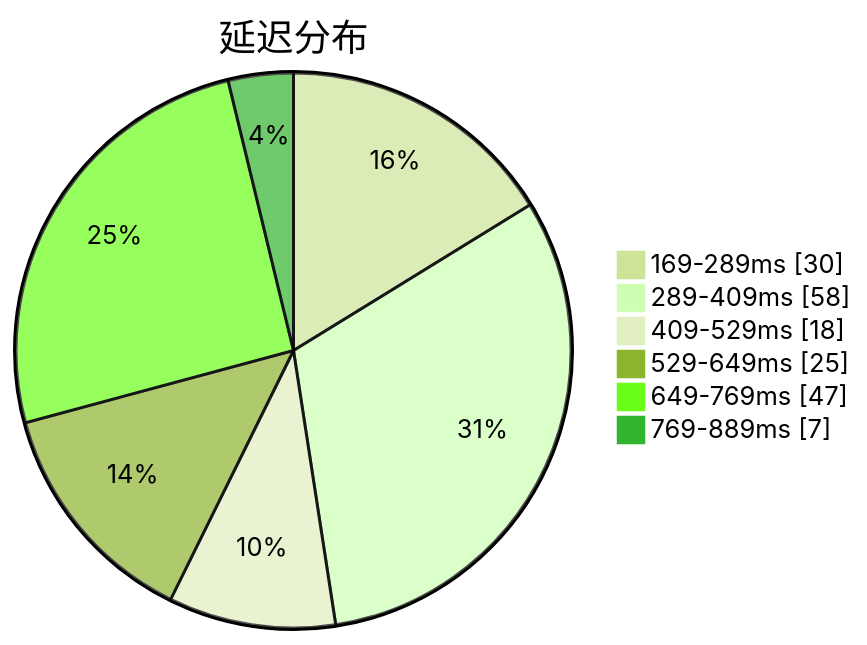
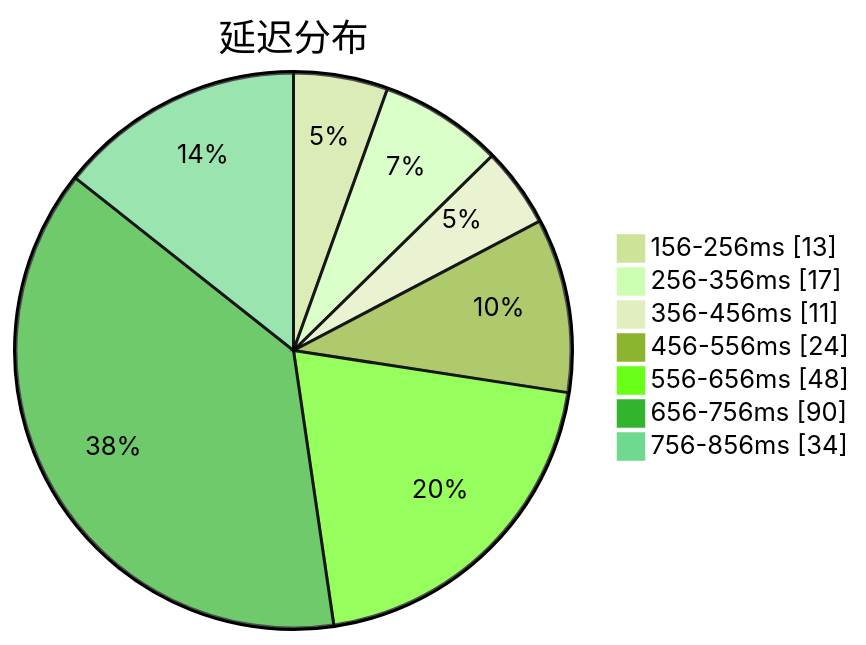
Before and after one commit to qjlxg/airport: the first of 3 diagrams in subs/statistics/tested_within.md, drawn with Mermaid (forest theme). The commit also changed other lines of this file and 2 other files, not shown here.

````diff
--- a/subs/statistics/tested_within.md
+++ b/subs/statistics/tested_within.md
@@ -2,10 +2,11 @@
 ```mermaid
 pie showData
 title 延迟分布
-"169-289ms" : 30
-"289-409ms" : 58
-"409-529ms" : 18
-"529-649ms" : 25
-"649-769ms" : 47
-"769-889ms" : 7
+"156-256ms" : 13
+"256-356ms" : 17
+"356-456ms" : 11
+"456-556ms" : 24
+"556-656ms" : 48
+"656-756ms" : 90
+"756-856ms" : 34
 ```
````
